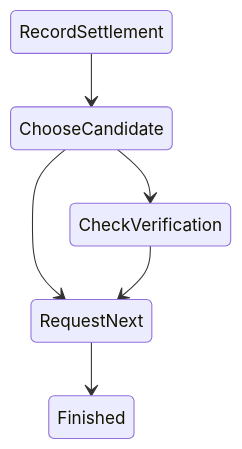
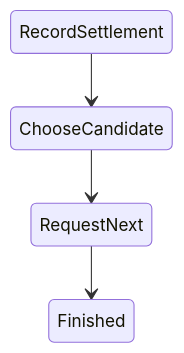
One commit to cardano-scaling/hydra changed diagram 13 of 60 in docs/head-logic-diagrams.md. Above: the diagram before and after it, drawn with Mermaid. The commit also changed other lines of this file and 48 other files, not shown here.

````diff
--- a/docs/head-logic-diagrams.md
+++ b/docs/head-logic-diagrams.md
@@ -394,14 +382,11 @@
 ```mermaid
 stateDiagram-v2
 
 RecordSettlement
 ChooseCandidate
-CheckVerification
 RequestNext
 Finished
 RecordSettlement --> ChooseCandidate
-ChooseCandidate --> CheckVerification
 ChooseCandidate --> RequestNext
-CheckVerification --> RequestNext
 RequestNext --> Finished
 ```
````
